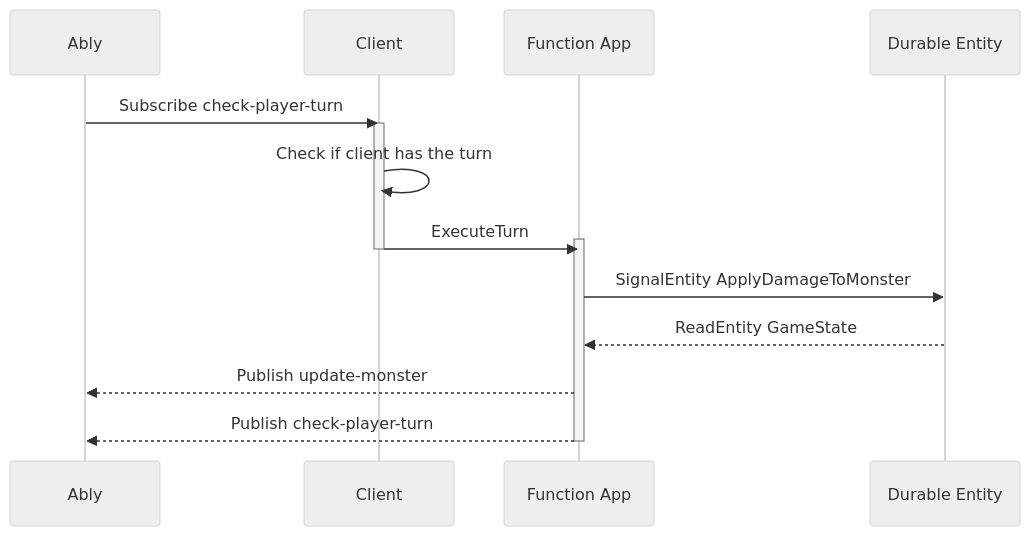
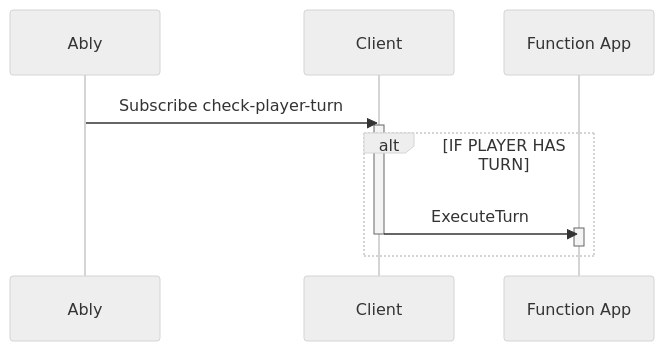
Before and after one commit to ably-labs/serverless-websockets-quest: the diagram in docs/SubscribeCheckPlayerTurn.mmd, drawn with Mermaid (neutral theme). The commit also changed 2 other files, not shown here.

Commit message:
Updated subscribe diagrams

```diff
--- a/docs/SubscribeCheckPlayerTurn.mmd
+++ b/docs/SubscribeCheckPlayerTurn.mmd
@@ -1,12 +1,9 @@
 sequenceDiagram
   Ably ->> Client: Subscribe check-player-turn
   activate Client
-  Client ->> Client: Check if client has the turn
-  Client ->> Function App: ExecuteTurn
+  alt IF PLAYER HAS TURN
+    Client ->> Function App: ExecuteTurn
   activate Function App
+  deactivate Function App
   deactivate Client
-  Function App ->> Durable Entity: SignalEntity ApplyDamageToMonster
-  Durable Entity -->> Function App: ReadEntity GameState
-  Function App -->> Ably: Publish update-monster
-  Function App -->> Ably: Publish check-player-turn
-  deactivate Function App
+  end
```
